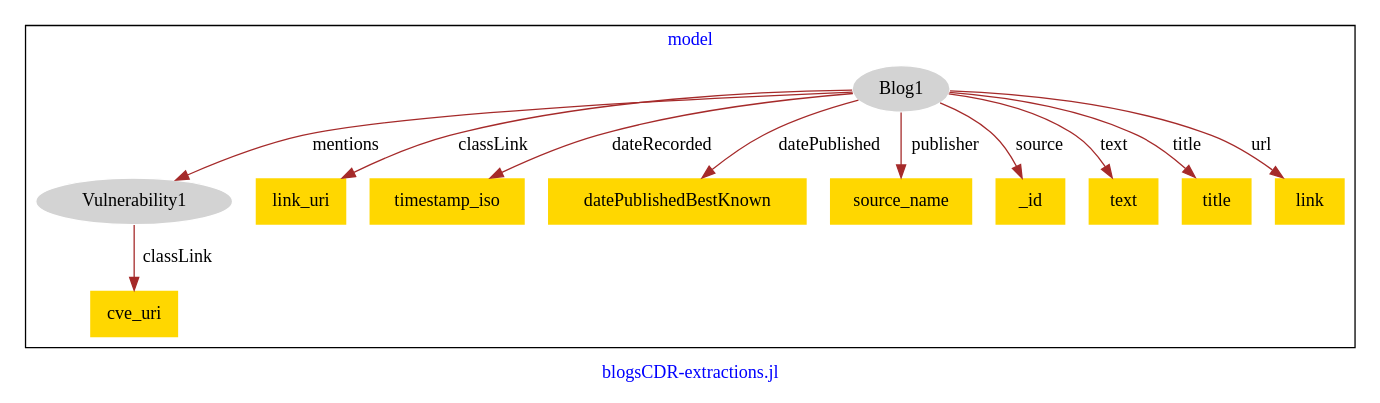
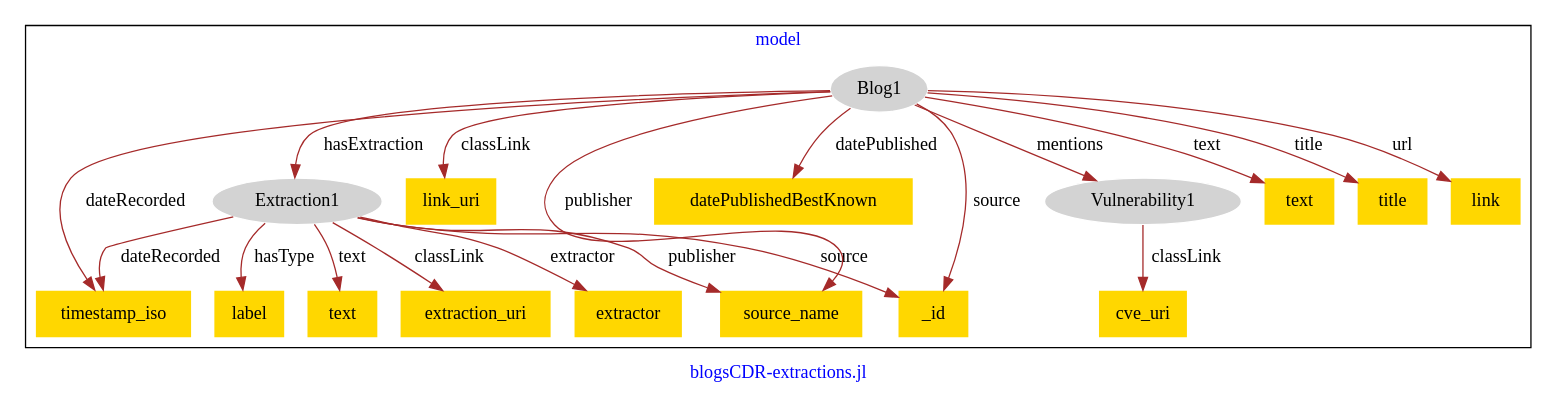
One commit to usc-isi-i2/effect-alignment changed the diagram in models/hg-blogs/blogs-model.dot. Above: the diagram before and after it, drawn with Graphviz.

Commit message:
Update file blogs-model.dot

```diff
--- a/models/hg-blogs/blogs-model.dot
+++ b/models/hg-blogs/blogs-model.dot
@@ -1,29 +1,42 @@
 digraph n0 {
 fontcolor="blue"
 remincross="true"
 label="blogsCDR-extractions.jl"
 subgraph cluster {
 label="model"
-n2[style="filled",color="white",fillcolor="lightgray",label="Vulnerability1"];
-n3[shape="plaintext",style="filled",fillcolor="gold",label="cve_uri"];
-n4[style="filled",color="white",fillcolor="lightgray",label="Blog1"];
-n5[shape="plaintext",style="filled",fillcolor="gold",label="link_uri"];
-n6[shape="plaintext",style="filled",fillcolor="gold",label="timestamp_iso"];
-n7[shape="plaintext",style="filled",fillcolor="gold",label="datePublishedBestKnown"];
-n8[shape="plaintext",style="filled",fillcolor="gold",label="source_name"];
-n9[shape="plaintext",style="filled",fillcolor="gold",label="_id"];
-n10[shape="plaintext",style="filled",fillcolor="gold",label="text"];
-n11[shape="plaintext",style="filled",fillcolor="gold",label="title"];
-n12[shape="plaintext",style="filled",fillcolor="gold",label="link"];
+n2[style="filled",color="white",fillcolor="lightgray",label="Extraction1"];
+n3[shape="plaintext",style="filled",fillcolor="gold",label="extraction_uri"];
+n4[shape="plaintext",style="filled",fillcolor="gold",label="extractor"];
+n5[shape="plaintext",style="filled",fillcolor="gold",label="label"];
+n6[shape="plaintext",style="filled",fillcolor="gold",label="text"];
+n7[style="filled",color="white",fillcolor="lightgray",label="Vulnerability1"];
+n8[shape="plaintext",style="filled",fillcolor="gold",label="cve_uri"];
+n9[style="filled",color="white",fillcolor="lightgray",label="Blog1"];
+n10[shape="plaintext",style="filled",fillcolor="gold",label="link_uri"];
+n11[shape="plaintext",style="filled",fillcolor="gold",label="timestamp_iso"];
+n12[shape="plaintext",style="filled",fillcolor="gold",label="datePublishedBestKnown"];
+n13[shape="plaintext",style="filled",fillcolor="gold",label="source_name"];
+n14[shape="plaintext",style="filled",fillcolor="gold",label="_id"];
+n15[shape="plaintext",style="filled",fillcolor="gold",label="text"];
+n16[shape="plaintext",style="filled",fillcolor="gold",label="title"];
+n17[shape="plaintext",style="filled",fillcolor="gold",label="link"];
 }
 n2 -> n3[color="brown",fontcolor="black",label="classLink"]
-n4 -> n5[color="brown",fontcolor="black",label="classLink"]
-n4 -> n6[color="brown",fontcolor="black",label="dateRecorded"]
-n4 -> n7[color="brown",fontcolor="black",label="datePublished"]
-n4 -> n8[color="brown",fontcolor="black",label="publisher"]
-n4 -> n9[color="brown",fontcolor="black",label="source"]
-n4 -> n10[color="brown",fontcolor="black",label="text"]
-n4 -> n11[color="brown",fontcolor="black",label="title"]
-n4 -> n12[color="brown",fontcolor="black",label="url"]
-n4 -> n2[color="brown",fontcolor="black",label="mentions"]
+n2 -> n4[color="brown",fontcolor="black",label="extractor"]
+n2 -> n5[color="brown",fontcolor="black",label="hasType"]
+n2 -> n6[color="brown",fontcolor="black",label="text"]
+n7 -> n8[color="brown",fontcolor="black",label="classLink"]
+n9 -> n10[color="brown",fontcolor="black",label="classLink"]
+n9 -> n11[color="brown",fontcolor="black",label="dateRecorded"]
+n9 -> n2[color="brown",fontcolor="black",label="hasExtraction"]
+n9 -> n12[color="brown",fontcolor="black",label="datePublished"]
+n9 -> n7[color="brown",fontcolor="black",label="mentions"]
+n9 -> n13[color="brown",fontcolor="black",label="publisher"]
+n9 -> n14[color="brown",fontcolor="black",label="source"]
+n9 -> n15[color="brown",fontcolor="black",label="text"]
+n9 -> n16[color="brown",fontcolor="black",label="title"]
+n9 -> n17[color="brown",fontcolor="black",label="url"]
+n2 -> n14[color="brown",fontcolor="black",label="source"]
+n2 -> n13[color="brown",fontcolor="black",label="publisher"]
+n2 -> n11[color="brown",fontcolor="black",label="dateRecorded"]
 }
```
